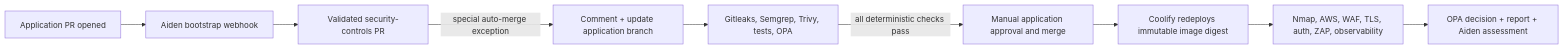
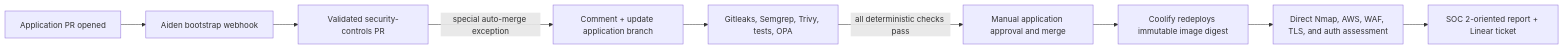
Before and after one commit to stackgen-demo/coolify-cicd: the diagram in README.md, drawn with Mermaid. The commit also changed other lines of this file and 7 other files, not shown here.

````diff
--- a/README.md
+++ b/README.md
@@ -5,11 +5,11 @@
 ```mermaid
 flowchart LR
   PR["Application PR opened"] --> B["Aiden bootstrap webhook"]
   B --> C["Validated security-controls PR"]
   C -->|"special auto-merge exception"| U["Comment + update application branch"]
   U --> S["Gitleaks, Semgrep, Trivy, tests, OPA"]
   S -->|"all deterministic checks pass"| M["Manual application approval and merge"]
   M --> D["Coolify redeploys immutable image digest"]
-  D --> P["Nmap, AWS, WAF, TLS, auth, ZAP, observability"]
-  P --> R["OPA decision + report + Aiden assessment"]
+  D --> P["Direct Nmap, AWS, WAF, TLS, and auth assessment"]
+  P --> R["SOC 2-oriented report + Linear ticket"]
 ```
````
